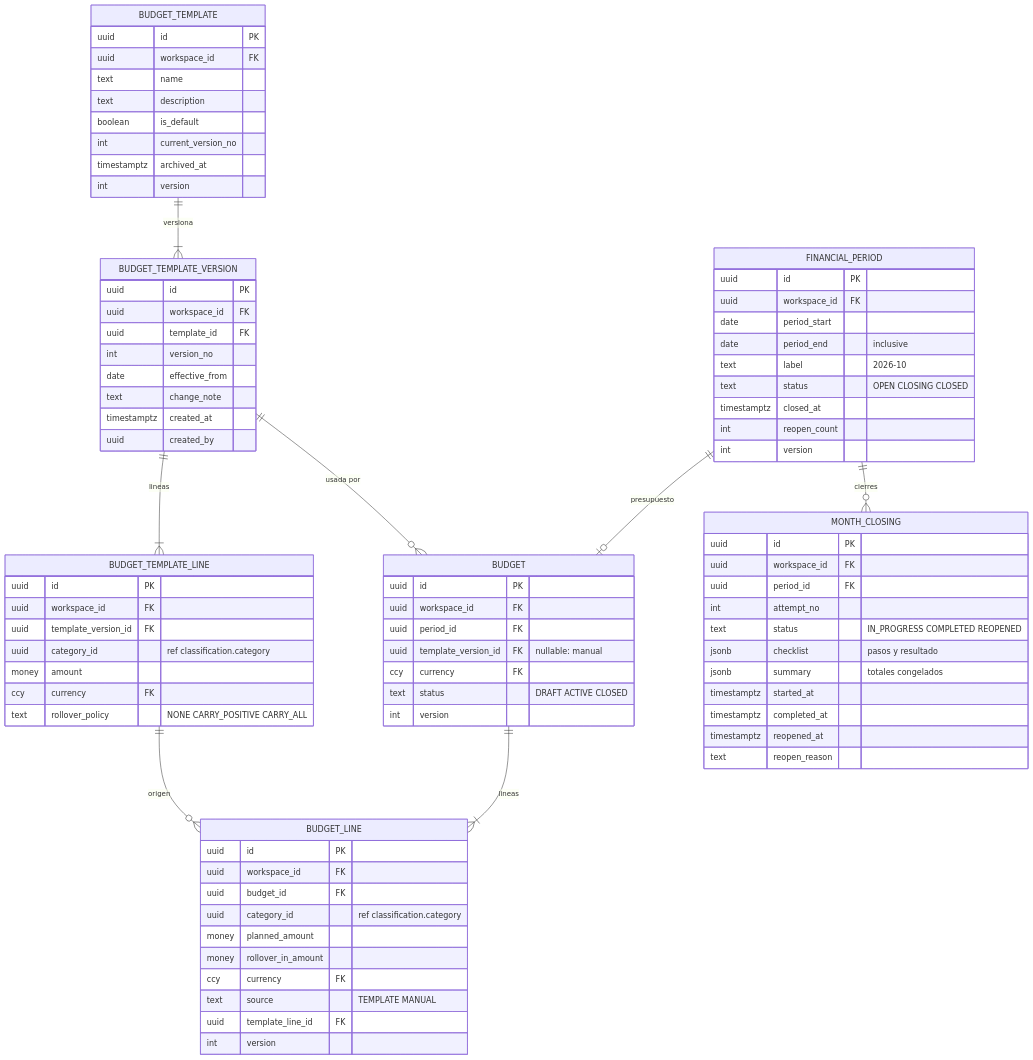
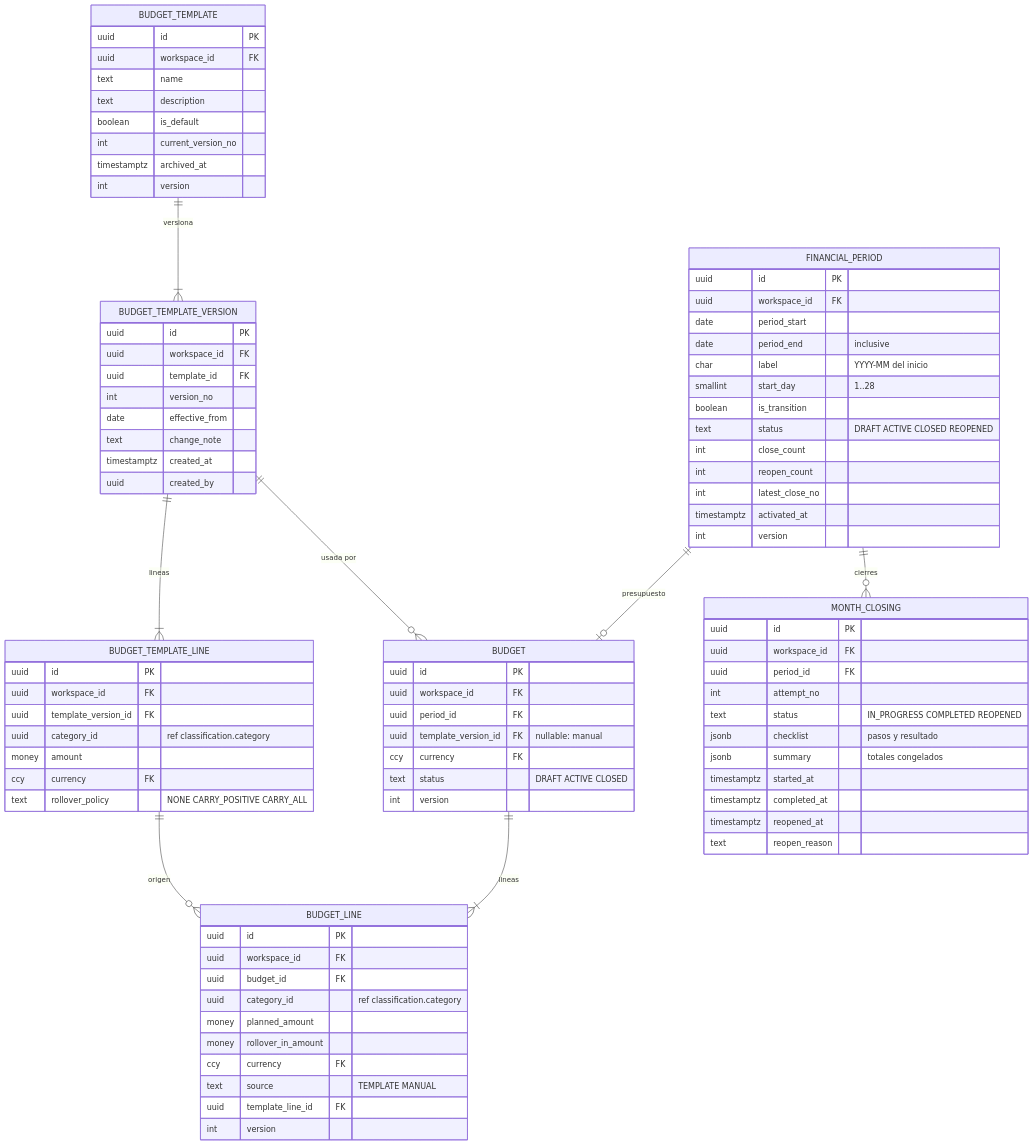
One commit to manuXD270516/personal-finances changed the eighth of 21 diagrams in docs/08-data-model.md. Above: the diagram before and after it, drawn with Mermaid. The commit also changed other lines of this file and 95 other files, not shown here.

```diff
--- a/docs/08-data-model.md
+++ b/docs/08-data-model.md
@@ -747,10 +747,14 @@
     uuid workspace_id FK
     date period_start
     date period_end "inclusive"
-    text label "2026-10"
-    text status "OPEN CLOSING CLOSED"
-    timestamptz closed_at
+    char label "YYYY-MM del inicio"
+    smallint start_day "1..28"
+    boolean is_transition
+    text status "DRAFT ACTIVE CLOSED REOPENED"
+    int close_count
     int reopen_count
+    int latest_close_no
+    timestamptz activated_at
     int version
   }
   BUDGET_TEMPLATE {
```
